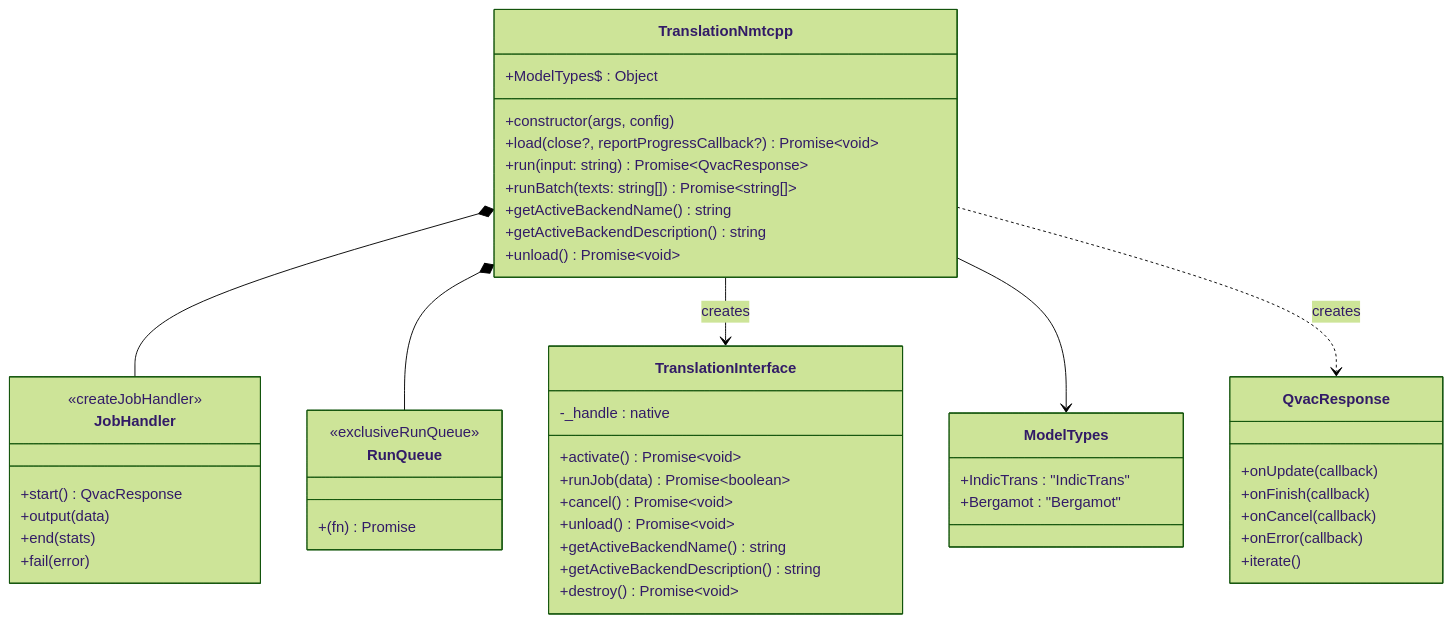
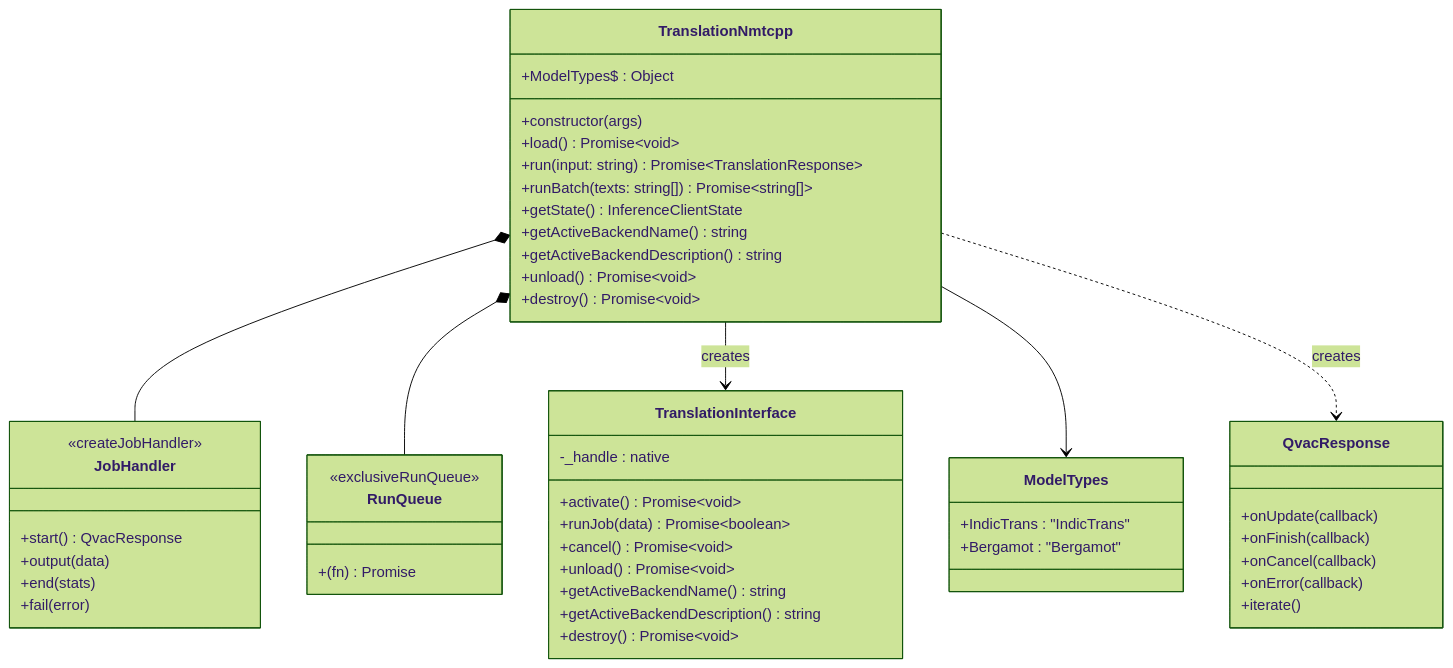
One commit to Zbig9000/qvac changed the second of 4 diagrams in packages/translation-nmtcpp/docs/architecture.md. Above: the diagram before and after it, drawn with Mermaid (forest theme). The commit also changed other lines of this file and 17 other files, not shown here.

First line of the commit message:
QVAC-23254 fix[api]: address translation-nmtcpp package-review findings (#3753)

````diff
--- a/packages/translation-nmtcpp/docs/architecture.md
+++ b/packages/translation-nmtcpp/docs/architecture.md
@@ -161,56 +160,58 @@
 ```mermaid
 classDiagram
     class TranslationNmtcpp {
         +ModelTypes$ : Object
-        +constructor(args, config)
-        +load(close?, reportProgressCallback?) Promise~void~
-        +run(input: string) Promise~QvacResponse~
+        +constructor(args)
+        +load() Promise~void~
+        +run(input: string) Promise~TranslationResponse~
         +runBatch(texts: string[]) Promise~string[]~
+        +getState() InferenceClientState
         +getActiveBackendName() string
         +getActiveBackendDescription() string
         +unload() Promise~void~
+        +destroy() Promise~void~
     }
 
     class ModelTypes {
         +IndicTrans : "IndicTrans"
         +Bergamot : "Bergamot"
     }
 
     class TranslationInterface {
         -_handle : native
         +activate() Promise~void~
         +runJob(data) Promise~boolean~
         +cancel() Promise~void~
         +unload() Promise~void~
         +getActiveBackendName() string
         +getActiveBackendDescription() string
         +destroy() Promise~void~
     }
 
     class JobHandler {
         <<createJobHandler>>
         +start() QvacResponse
         +output(data)
         +end(stats)
         +fail(error)
     }
 
     class QvacResponse {
         +onUpdate(callback)
         +onFinish(callback)
         +onCancel(callback)
         +onError(callback)
         +iterate()
     }
 
     class RunQueue {
         <<exclusiveRunQueue>>
         +(fn) Promise
     }
 
     TranslationNmtcpp *-- JobHandler
     TranslationNmtcpp *-- RunQueue
     TranslationNmtcpp --> TranslationInterface : creates
     TranslationNmtcpp --> ModelTypes
     TranslationNmtcpp ..> QvacResponse : creates
 ```
````
